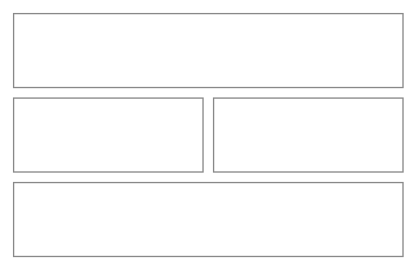
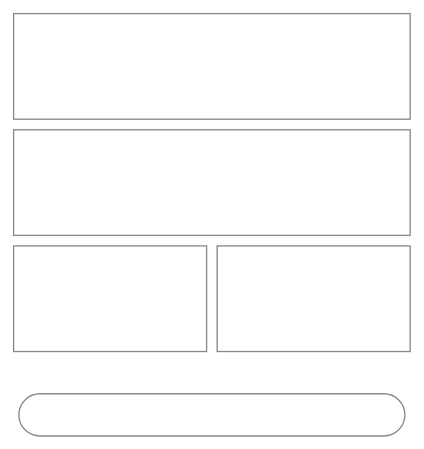
The sixth of 23 diagrams in src/apps/waypoint/UX.md (NovaMoonX/moondreams-dev-apps), drawn with Mermaid before and after one commit. The commit also changed other lines of this file and 55 other files, not shown here.

````diff
--- a/src/apps/waypoint/UX.md
+++ b/src/apps/waypoint/UX.md
@@ -132,13 +132,15 @@
 ```mermaid
 %%{init: {'theme': 'base', 'themeVariables': {'primaryColor': 'transparent', 'primaryBorderColor': '#888888', 'primaryTextColor': '#333333', 'lineColor': '#888888'}}}%%
 block-beta
   columns 2
-  Active["ACTIVE NOW<br/>🍜 Dinner · 6-7:30 PM · Navigate"]:2
+  CheckIn["CHECKING IN TODAY<br/>🛏️ Hotel · 3 PM"]:2
+  Agenda["TODAY<br/>✓ Breakfast · 8 AM<br/>🍜 Dinner · 6 PM"]:2
   IdeasCollapsed["💡 Ideas (3 new) ▸"]:1
-  StatusCollapsed["📍 Status ▸"]:1
-  Next["UP NEXT<br/>🚕 Taxi · 8:00 PM"]:2
-  style Active fill:transparent,stroke:#888888,stroke-width:1px;
+  StaysRentals["Stays · Rentals ›"]:1
+  Pill(["● NOW · 12m left — Dinner      [Up next]"]):2
+  style CheckIn fill:transparent,stroke:#888888,stroke-width:1px;
+  style Agenda fill:transparent,stroke:#888888,stroke-width:1px;
   style IdeasCollapsed fill:transparent,stroke:#888888,stroke-width:1px;
-  style StatusCollapsed fill:transparent,stroke:#888888,stroke-width:1px;
-  style Next fill:transparent,stroke:#888888,stroke-width:1px;
+  style StaysRentals fill:transparent,stroke:#888888,stroke-width:1px;
+  style Pill fill:transparent,stroke:#888888,stroke-width:1px;
 ```
````
